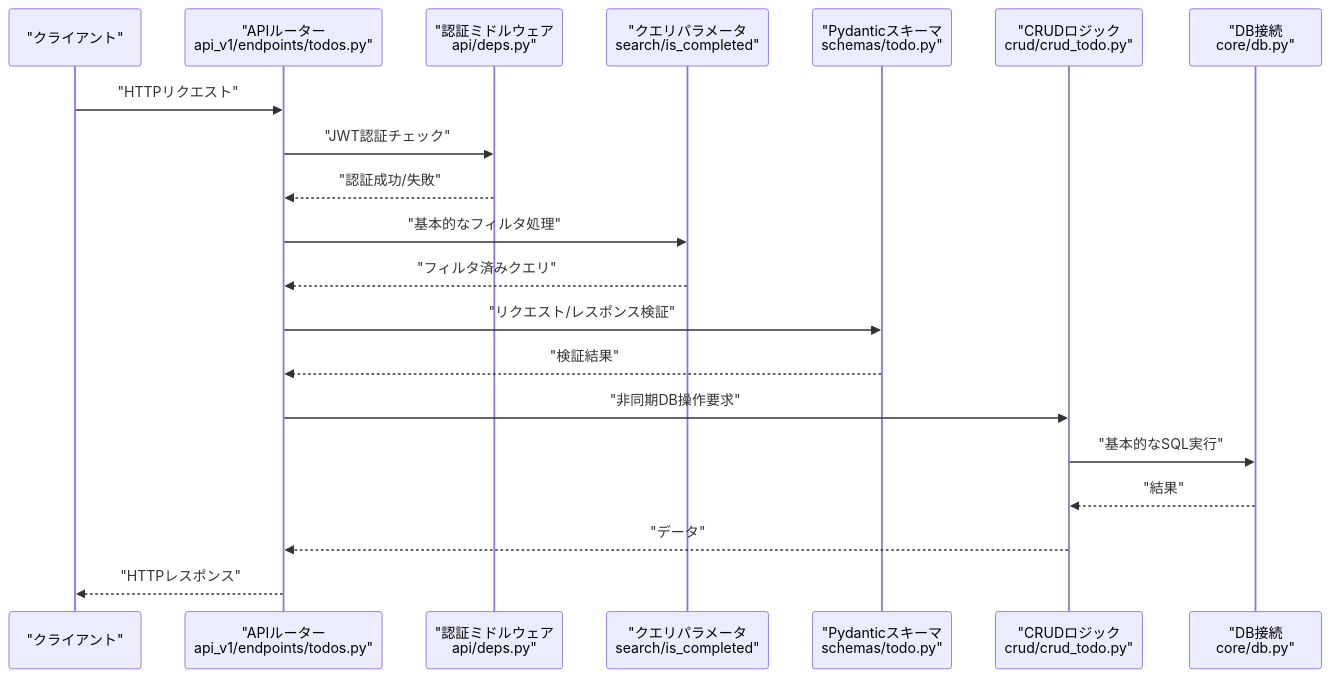
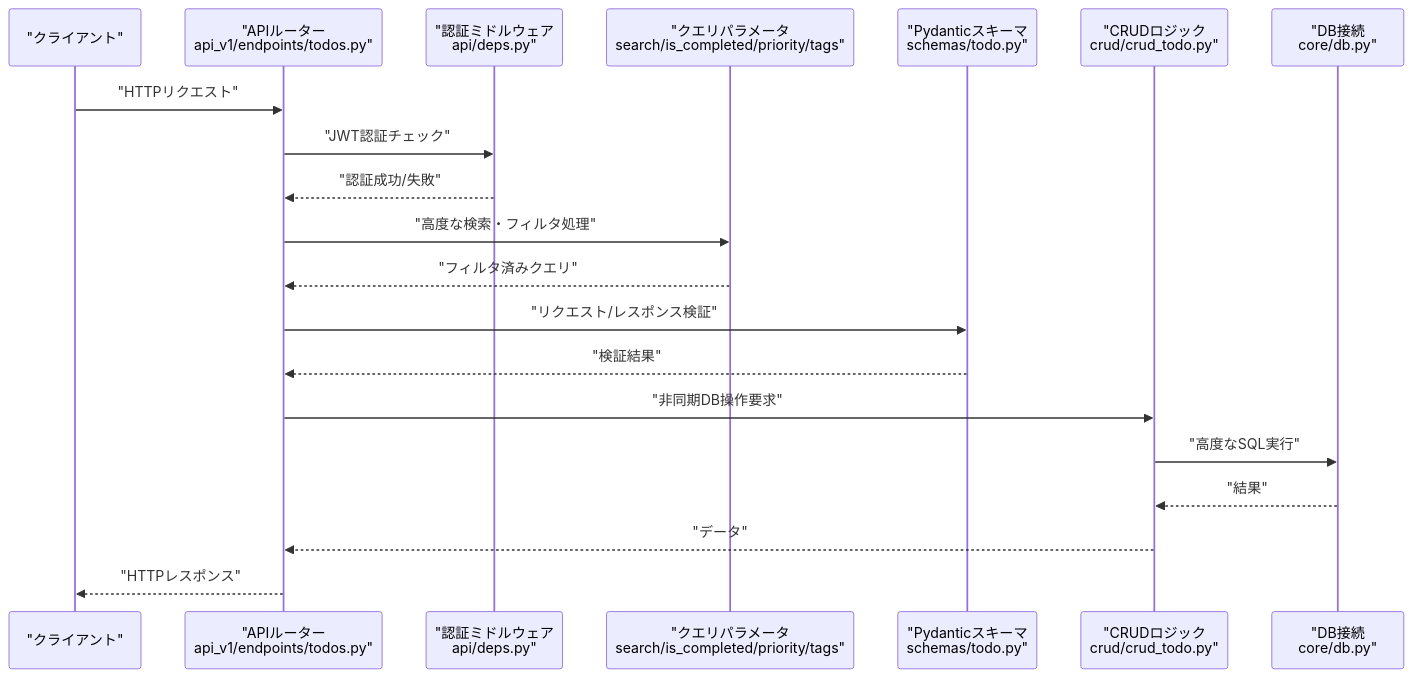
One commit to ss8806/Todos changed the second of 7 diagrams in .qoder/repowiki/ja/content/APIリファレンス/TODO管理API.md. Above: the diagram before and after it, drawn with Mermaid. The commit also changed other lines of this file and 5 other files, not shown here.

First line of the commit message:
📐 Architecture Diagram詳細化

````diff
--- a/.qoder/repowiki/ja/content/APIリファレンス/TODO管理API.md
+++ b/.qoder/repowiki/ja/content/APIリファレンス/TODO管理API.md
@@ -202,22 +207,22 @@
 ```mermaid
 sequenceDiagram
 participant Client as "クライアント"
 participant Router as "APIルーター<br/>api_v1/endpoints/todos.py"
 participant Auth as "認証ミドルウェア<br/>api/deps.py"
-participant Params as "クエリパラメータ<br/>search/is_completed"
+participant Params as "クエリパラメータ<br/>search/is_completed/priority/tags"
 participant Schema as "Pydanticスキーマ<br/>schemas/todo.py"
 participant CRUD as "CRUDロジック<br/>crud/crud_todo.py"
 participant DB as "DB接続<br/>core/db.py"
 Client->>Router : "HTTPリクエスト"
 Router->>Auth : "JWT認証チェック"
 Auth-->>Router : "認証成功/失敗"
-Router->>Params : "基本的なフィルタ処理"
+Router->>Params : "高度な検索・フィルタ処理"
 Params-->>Router : "フィルタ済みクエリ"
 Router->>Schema : "リクエスト/レスポンス検証"
 Schema-->>Router : "検証結果"
 Router->>CRUD : "非同期DB操作要求"
-CRUD->>DB : "基本的なSQL実行"
+CRUD->>DB : "高度なSQL実行"
 DB-->>CRUD : "結果"
 CRUD-->>Router : "データ"
 Router-->>Client : "HTTPレスポンス"
 ```
````
